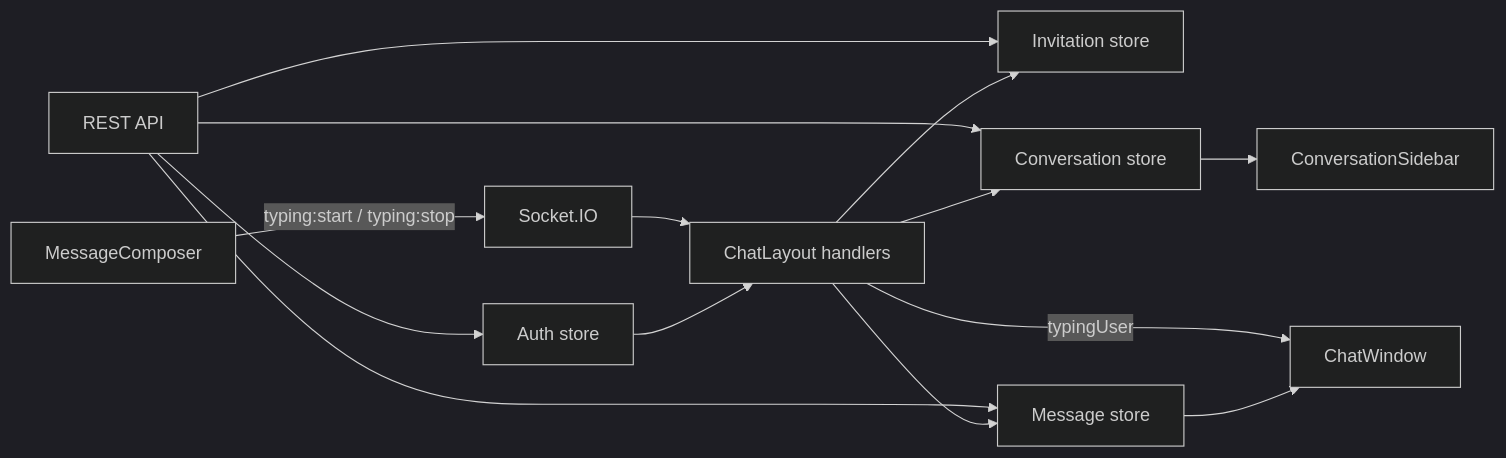
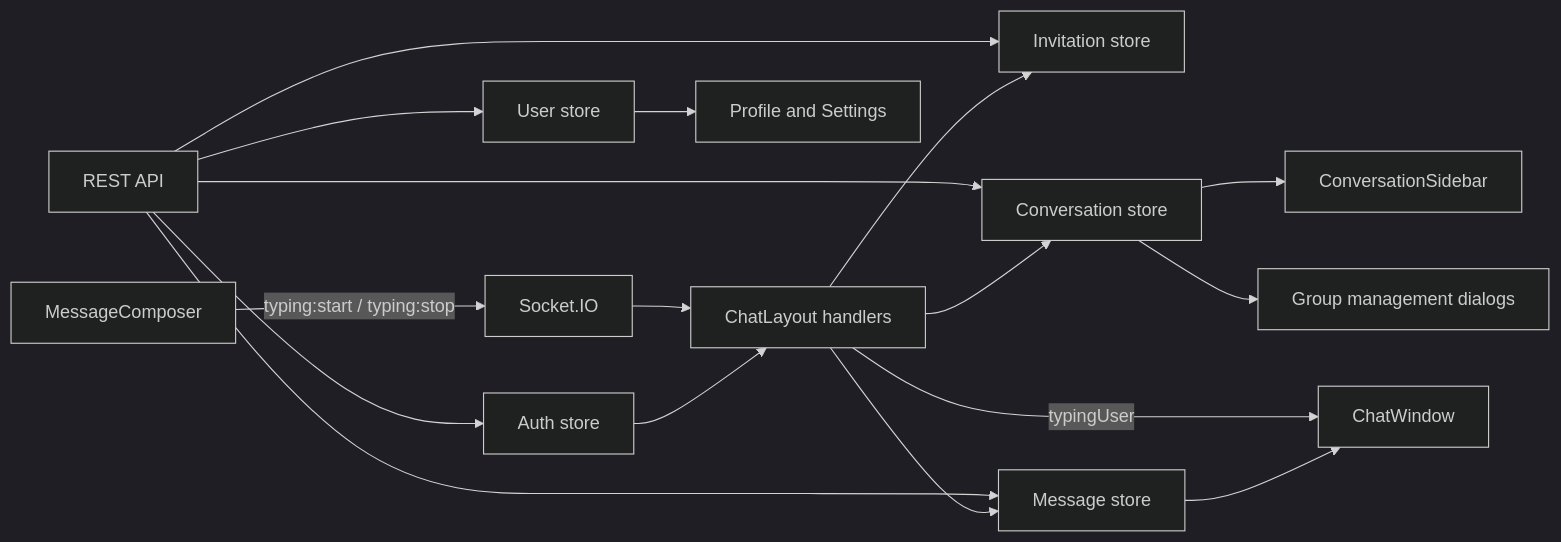
One commit to Saurav11343/click-chat changed the second of 3 diagrams in docs/06-frontend-design.md. Above: the diagram before and after it, drawn with Mermaid (dark theme). The commit also changed other lines of this file and 11 other files, not shown here.

Commit message:
update diagrams

````diff
--- a/docs/06-frontend-design.md
+++ b/docs/06-frontend-design.md
@@ -67,16 +75,19 @@
 ```mermaid
 flowchart LR
     API["REST API"] --> AUTH["Auth store"]
     API --> INV["Invitation store"]
     API --> CON["Conversation store"]
     API --> MSG["Message store"]
+    API --> USER["User store"]
     SOCKET["Socket.IO"] --> LAYOUT["ChatLayout handlers"]
     COMP["MessageComposer"] -->|"typing:start / typing:stop"| SOCKET
     LAYOUT --> INV
     LAYOUT --> CON
     LAYOUT --> MSG
     LAYOUT -->|"typingUser"| WINDOW
     CON --> SIDEBAR["ConversationSidebar"]
     MSG --> WINDOW["ChatWindow"]
     AUTH --> LAYOUT
+    USER --> PROFILE["Profile and Settings"]
+    CON --> GROUPS["Group management dialogs"]
 ```
````
